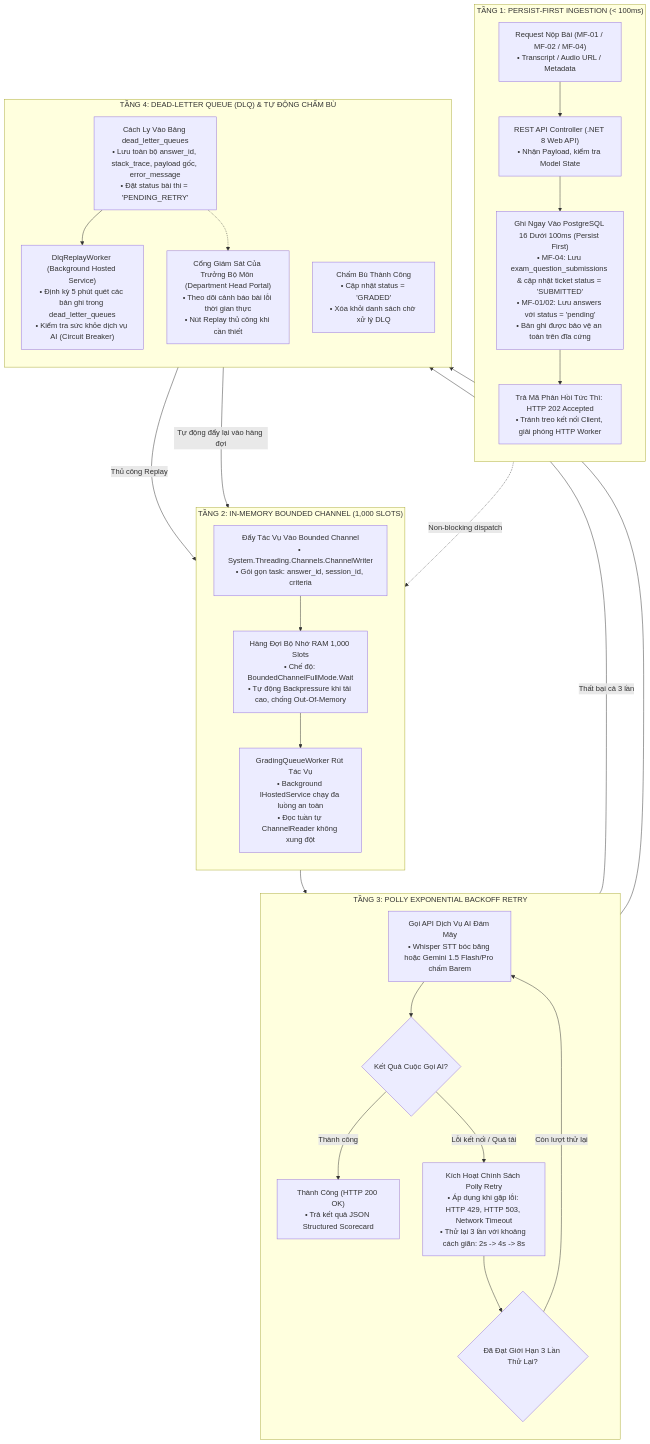
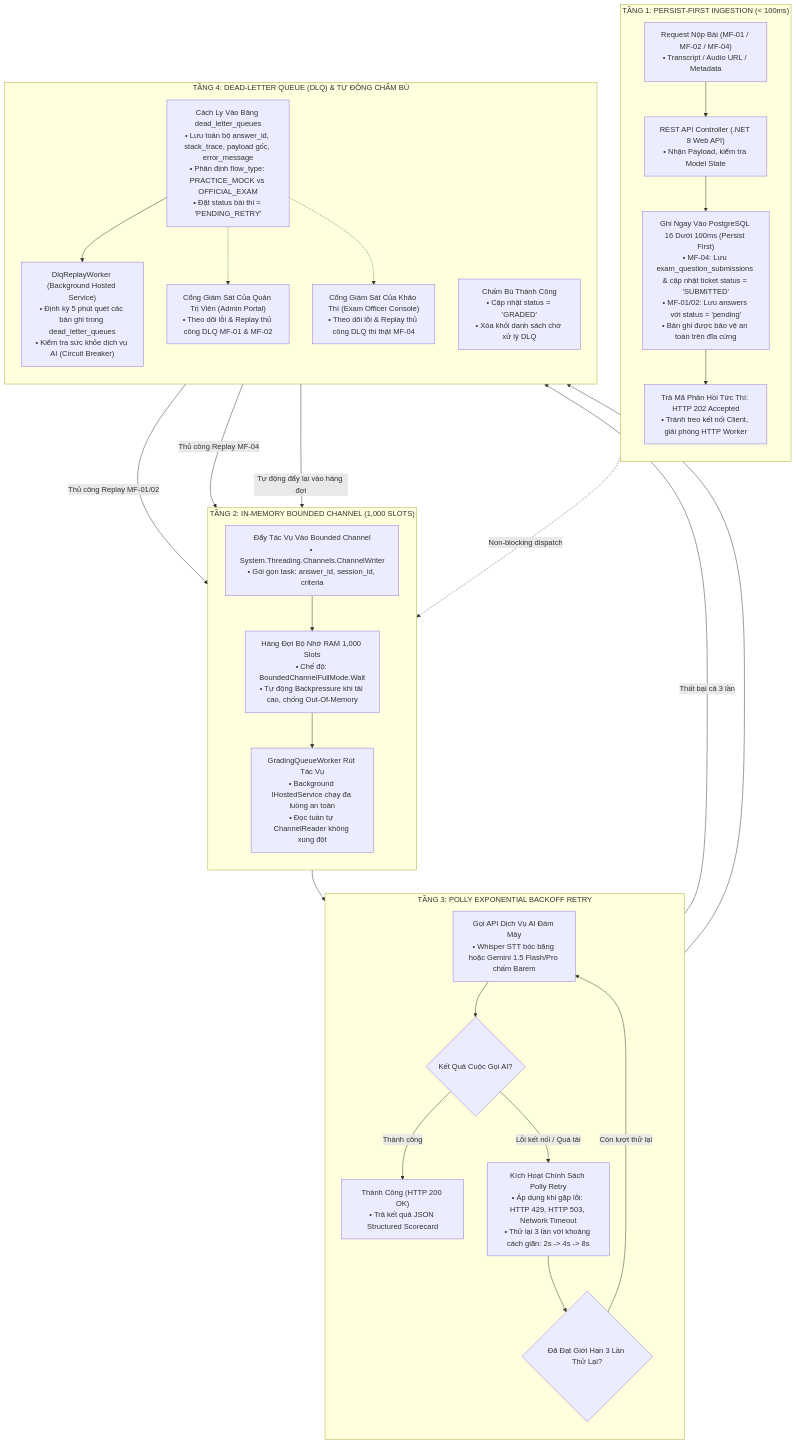
One commit to An-LLM-based-Oral-Examination/oral-exam-system changed diagram 24 of 24 in docs/01_architecture/MASTER_ARCHITECTURE.md. Above: the diagram before and after it, drawn with Mermaid. The commit also changed other lines of this file and 162 other files, not shown here.

Commit message:
feat(official-exam): sync 6 roles rbac, course clos, anti-cheat logs and architecture docs

````diff
--- a/docs/01_architecture/MASTER_ARCHITECTURE.md
+++ b/docs/01_architecture/MASTER_ARCHITECTURE.md
@@ -2070,50 +2255,53 @@
 ```mermaid
 flowchart TD
     subgraph Defense_Tier1 ["TẦNG 1: PERSIST-FIRST INGESTION (< 100ms)"]
         direction TB
         Client_Req["Request Nộp Bài (MF-01 / MF-02 / MF-04)<br>• Transcript / Audio URL / Metadata"]
         API_Gate["REST API Controller (.NET 8 Web API)<br>• Nhận Payload, kiểm tra Model State"]
         DB_Persist["Ghi Ngay Vào PostgreSQL 16 Dưới 100ms (Persist First)<br>• MF-04: Lưu exam_question_submissions & cập nhật ticket status = 'SUBMITTED'<br>• MF-01/02: Lưu answers với status = 'pending'<br>• Bản ghi được bảo vệ an toàn trên đĩa cứng"]
         HTTP_Ack["Trả Mã Phản Hồi Tức Thì: HTTP 202 Accepted<br>• Tránh treo kết nối Client, giải phóng HTTP Worker"]
 
         Client_Req --> API_Gate --> DB_Persist --> HTTP_Ack
     end
 
     subgraph Defense_Tier2 ["TẦNG 2: IN-MEMORY BOUNDED CHANNEL (1,000 SLOTS)"]
         direction TB
         Channel_Enqueue["Đẩy Tác Vụ Vào Bounded Channel<br>• System.Threading.Channels.ChannelWriter<br>• Gói gọn task: answer_id, session_id, criteria"]
         Channel_Buffer["Hàng Đợi Bộ Nhớ RAM 1,000 Slots<br>• Chế độ: BoundedChannelFullMode.Wait<br>• Tự động Backpressure khi tải cao, chống Out-Of-Memory"]
         Worker_Dequeue["GradingQueueWorker Rút Tác Vụ<br>• Background IHostedService chạy đa luồng an toàn<br>• Đọc tuần tự ChannelReader không xung đột"]
 
         HTTP_Ack -.->|Non-blocking dispatch| Channel_Enqueue --> Channel_Buffer --> Worker_Dequeue
     end
 
     subgraph Defense_Tier3 ["TẦNG 3: POLLY EXPONENTIAL BACKOFF RETRY"]
         direction TB
         AI_Call["Gọi API Dịch Vụ AI Đám Mây<br>• Whisper STT bóc băng hoặc Gemini 1.5 Flash/Pro chấm Barem"]
         Check_AI_Status{"Kết Quả Cuộc Gọi AI?"}
         AI_Success["Thành Công (HTTP 200 OK)<br>• Trả kết quả JSON Structured Scorecard"]
         Polly_Retry["Kích Hoạt Chính Sách Polly Retry<br>• Áp dụng khi gặp lỗi: HTTP 429, HTTP 503, Network Timeout<br>• Thử lại 3 lần với khoảng cách giãn: 2s -> 4s -> 8s"]
         Check_Retry_Count{"Đã Đạt Giới Hạn 3 Lần Thử Lại?"}
 
         Worker_Dequeue --> AI_Call --> Check_AI_Status
         Check_AI_Status -- Thành công --> AI_Success
         Check_AI_Status -- Lỗi kết nối / Quá tải --> Polly_Retry --> Check_Retry_Count
         Check_Retry_Count -- Còn lượt thử lại --> AI_Call
     end
 
     subgraph Defense_Tier4 ["TẦNG 4: DEAD-LETTER QUEUE (DLQ) & TỰ ĐỘNG CHẤM BÙ"]
         direction TB
-        DLQ_Save["Cách Ly Vào Bảng dead_letter_queues<br>• Lưu toàn bộ answer_id, stack_trace, payload gốc, error_message<br>• Đặt status bài thi = 'PENDING_RETRY'"]
+        DLQ_Save["Cách Ly Vào Bảng dead_letter_queues<br>• Lưu toàn bộ answer_id, stack_trace, payload gốc, error_message<br>• Phân định flow_type: PRACTICE_MOCK vs OFFICIAL_EXAM<br>• Đặt status bài thi = 'PENDING_RETRY'"]
         Dlq_Worker["DlqReplayWorker (Background Hosted Service)<br>• Định kỳ 5 phút quét các bản ghi trong dead_letter_queues<br>• Kiểm tra sức khỏe dịch vụ AI (Circuit Breaker)"]
-        DeptHead_Action["Cổng Giám Sát Của Trưởng Bộ Môn (Department Head Portal)<br>• Theo dõi cảnh báo bài lỗi thời gian thực<br>• Nút Replay thủ công khi cần thiết"]
+        Admin_DLQ_Action["Cổng Giám Sát Của Quản Trị Viên (Admin Portal)<br>• Theo dõi lỗi & Replay thủ công DLQ MF-01 & MF-02"]
+        ExamOfficer_DLQ_Action["Cổng Giám Sát Của Khảo Thí (Exam Officer Console)<br>• Theo dõi lỗi & Replay thủ công DLQ thi thật MF-04"]
         Replay_Success["Chấm Bù Thành Công<br>• Cập nhật status = 'GRADED'<br>• Xóa khỏi danh sách chờ xử lý DLQ"]
 
         Check_Retry_Count -- Thất bại cả 3 lần --> DLQ_Save
         DLQ_Save --> Dlq_Worker
-        DLQ_Save -.-> DeptHead_Action
-        DeptHead_Action -->|Thủ công Replay| Channel_Enqueue
+        DLQ_Save -.-> Admin_DLQ_Action
+        DLQ_Save -.-> ExamOfficer_DLQ_Action
+        Admin_DLQ_Action -->|Thủ công Replay MF-01/02| Channel_Enqueue
+        ExamOfficer_DLQ_Action -->|Thủ công Replay MF-04| Channel_Enqueue
         Dlq_Worker -->|Tự động đẩy lại vào hàng đợi| Channel_Enqueue
         AI_Success --> Replay_Success
     end
 ```
````
